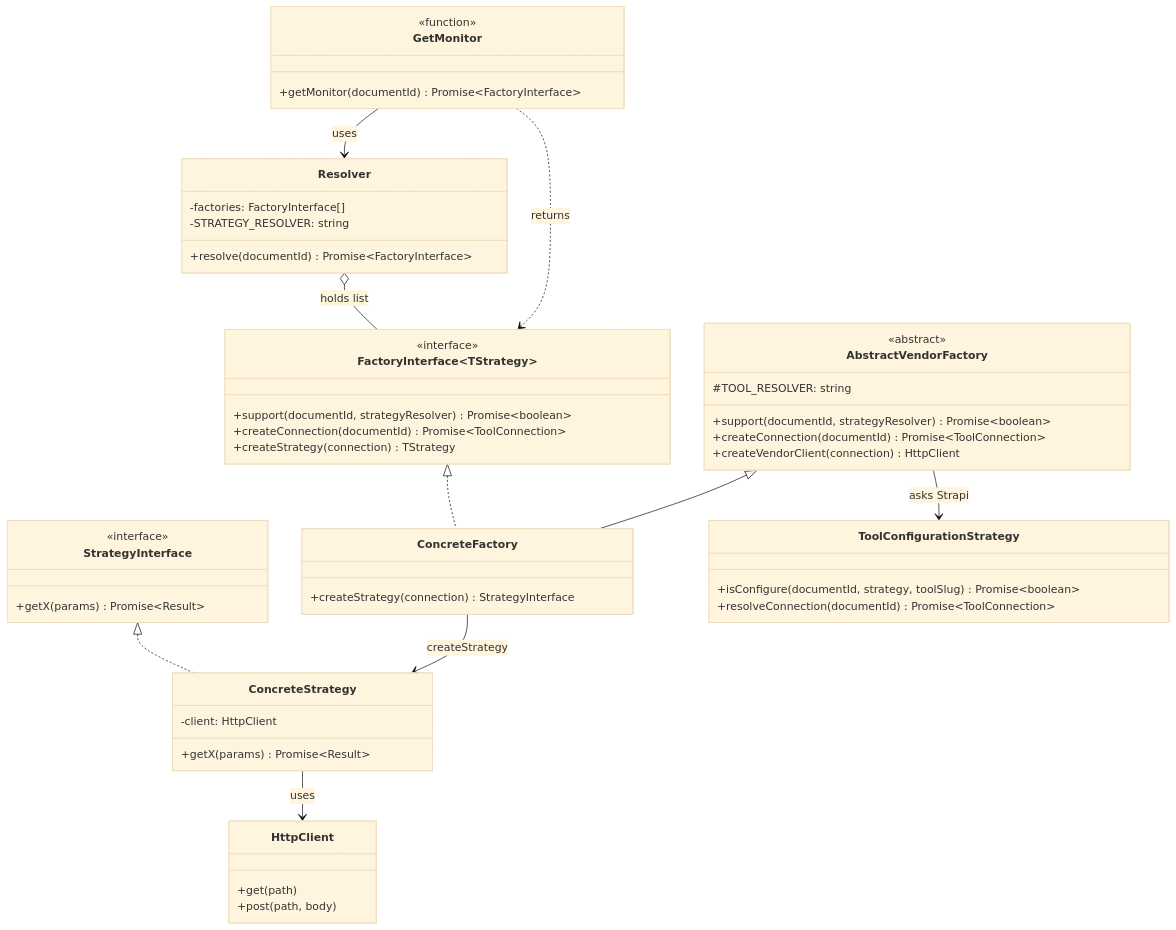
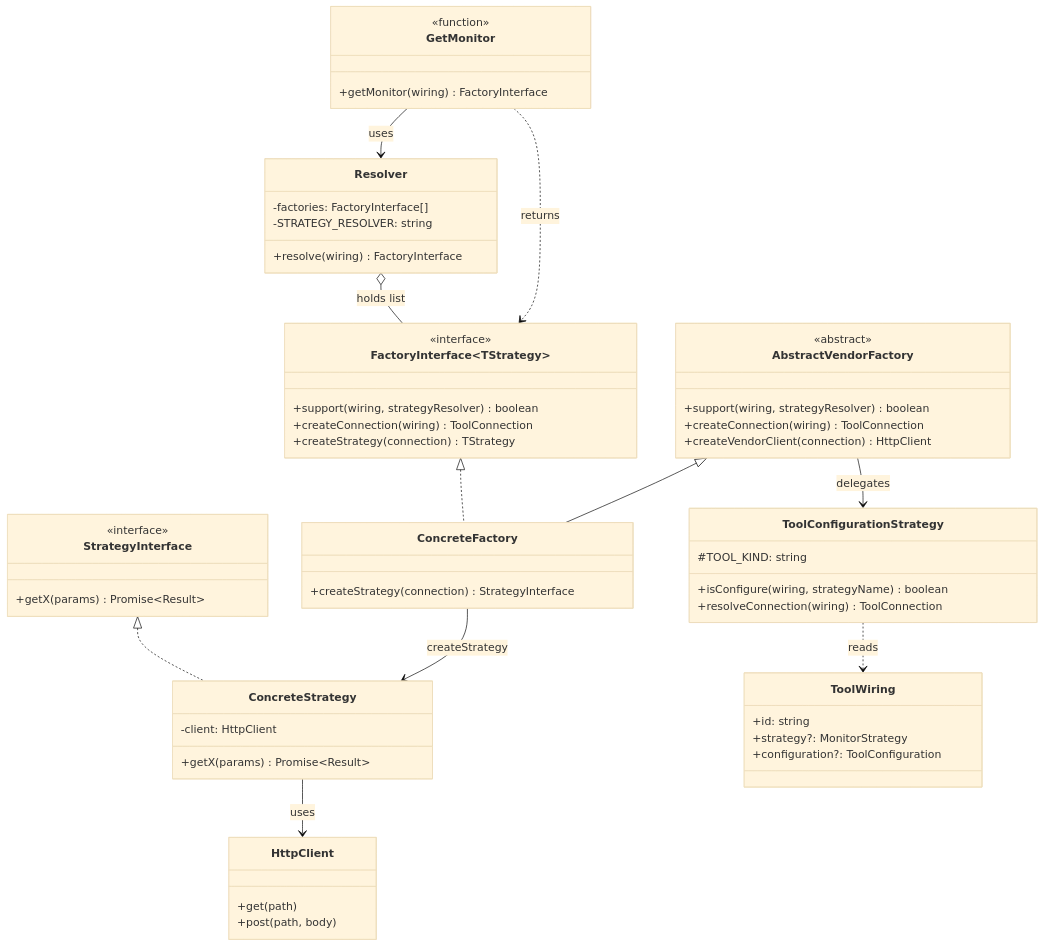
The first of 3 diagrams in apps/docs-site/docs/monitors.md (webteamuxco/dashboard-monitor), drawn with Mermaid (base theme) before and after one commit. The commit also changed other lines of this file and 10 other files, not shown here.

````diff
--- a/apps/docs-site/docs/monitors.md
+++ b/apps/docs-site/docs/monitors.md
@@ -36,54 +38,60 @@
 ```mermaid
 classDiagram
     class FactoryInterface~TStrategy~ {
         <<interface>>
-        +support(documentId, strategyResolver) Promise~boolean~
-        +createConnection(documentId) Promise~ToolConnection~
+        +support(wiring, strategyResolver) boolean
+        +createConnection(wiring) ToolConnection
         +createStrategy(connection) TStrategy
     }
     class StrategyInterface {
         <<interface>>
         +getX(params) Promise~Result~
     }
     class AbstractVendorFactory {
         <<abstract>>
-        #TOOL_RESOLVER: string
-        +support(documentId, strategyResolver) Promise~boolean~
-        +createConnection(documentId) Promise~ToolConnection~
+        +support(wiring, strategyResolver) boolean
+        +createConnection(wiring) ToolConnection
         +createVendorClient(connection) HttpClient
     }
     class ConcreteFactory {
         +createStrategy(connection) StrategyInterface
     }
     class Resolver {
         -factories: FactoryInterface[]
         -STRATEGY_RESOLVER: string
-        +resolve(documentId) Promise~FactoryInterface~
+        +resolve(wiring) FactoryInterface
     }
     class GetMonitor {
         <<function>>
-        +getMonitor(documentId) Promise~FactoryInterface~
+        +getMonitor(wiring) FactoryInterface
+    }
+    class ToolWiring {
+        +id: string
+        +strategy?: MonitorStrategy
+        +configuration?: ToolConfiguration
     }
     class ToolConfigurationStrategy {
-        +isConfigure(documentId, strategy, toolSlug) Promise~boolean~
-        +resolveConnection(documentId) Promise~ToolConnection~
+        #TOOL_KIND: string
+        +isConfigure(wiring, strategyName) boolean
+        +resolveConnection(wiring) ToolConnection
     }
     class ConcreteStrategy {
         -client: HttpClient
         +getX(params) Promise~Result~
     }
     class HttpClient {
         +get(path)
         +post(path, body)
     }
 
     FactoryInterface <|.. ConcreteFactory
     AbstractVendorFactory <|-- ConcreteFactory
     StrategyInterface <|.. ConcreteStrategy
     Resolver o-- FactoryInterface : holds list
-    AbstractVendorFactory --> ToolConfigurationStrategy : asks Strapi
+    AbstractVendorFactory --> ToolConfigurationStrategy : delegates
+    ToolConfigurationStrategy ..> ToolWiring : reads
     ConcreteFactory --> ConcreteStrategy : createStrategy
     ConcreteStrategy --> HttpClient : uses
     GetMonitor --> Resolver : uses
     GetMonitor ..> FactoryInterface : returns
 ```
````
